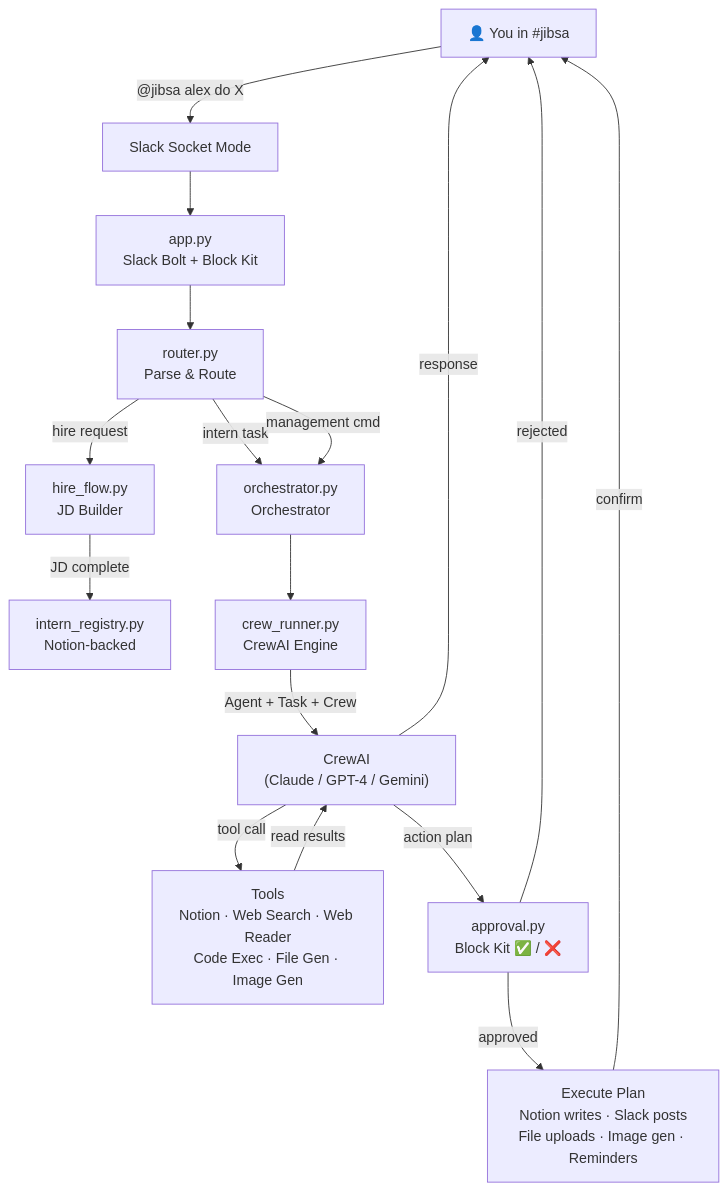
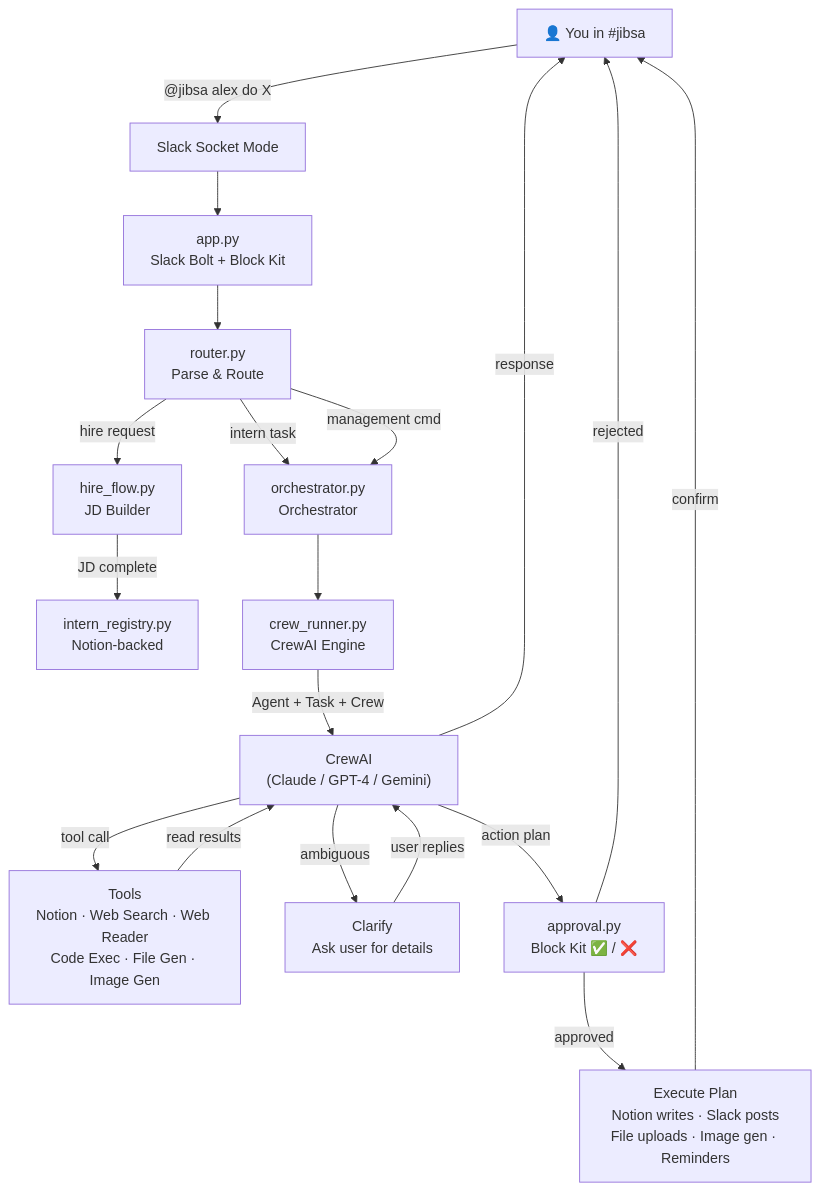
The diagram in README.md (peterjhwang/jibsa-ai), drawn with Mermaid before and after one commit. The commit also changed other lines of this file and 7 other files, not shown here.

Commit message:
feat: Enable agents to ask clarifying questions for ambiguous requests before proposing actions.

````diff
--- a/README.md
+++ b/README.md
@@ -287,27 +292,29 @@
 ```mermaid
 graph TD
     User["👤 You in #jibsa"] -->|"@jibsa alex do X"| SlackSocket["Slack Socket Mode"]
 
     SlackSocket --> App["app.py\nSlack Bolt + Block Kit"]
     App --> Router["router.py\nParse & Route"]
 
     Router -->|hire request| HireFlow["hire_flow.py\nJD Builder"]
     Router -->|intern task| Orchestrator["orchestrator.py\nOrchestrator"]
     Router -->|management cmd| Orchestrator
 
     HireFlow -->|JD complete| Registry["intern_registry.py\nNotion-backed"]
 
     Orchestrator --> CrewRunner["crew_runner.py\nCrewAI Engine"]
 
     CrewRunner -->|"Agent + Task + Crew"| CrewAI["CrewAI\n(Claude / GPT-4 / Gemini)"]
 
     CrewAI -->|tool call| Tools["Tools\nNotion · Web Search · Web Reader\nCode Exec · File Gen · Image Gen"]
+    CrewAI -->|ambiguous| Clarify["Clarify\nAsk user for details"]
+    Clarify -->|user replies| CrewAI
     CrewAI -->|action plan| Approval["approval.py\nBlock Kit ✅ / ❌"]
 
     Approval -->|approved| Execute["Execute Plan\nNotion writes · Slack posts\nFile uploads · Image gen · Reminders"]
     Approval -->|rejected| User
 
     Tools -->|read results| CrewAI
     Execute -->|confirm| User
     CrewAI -->|response| User
 ```
````
